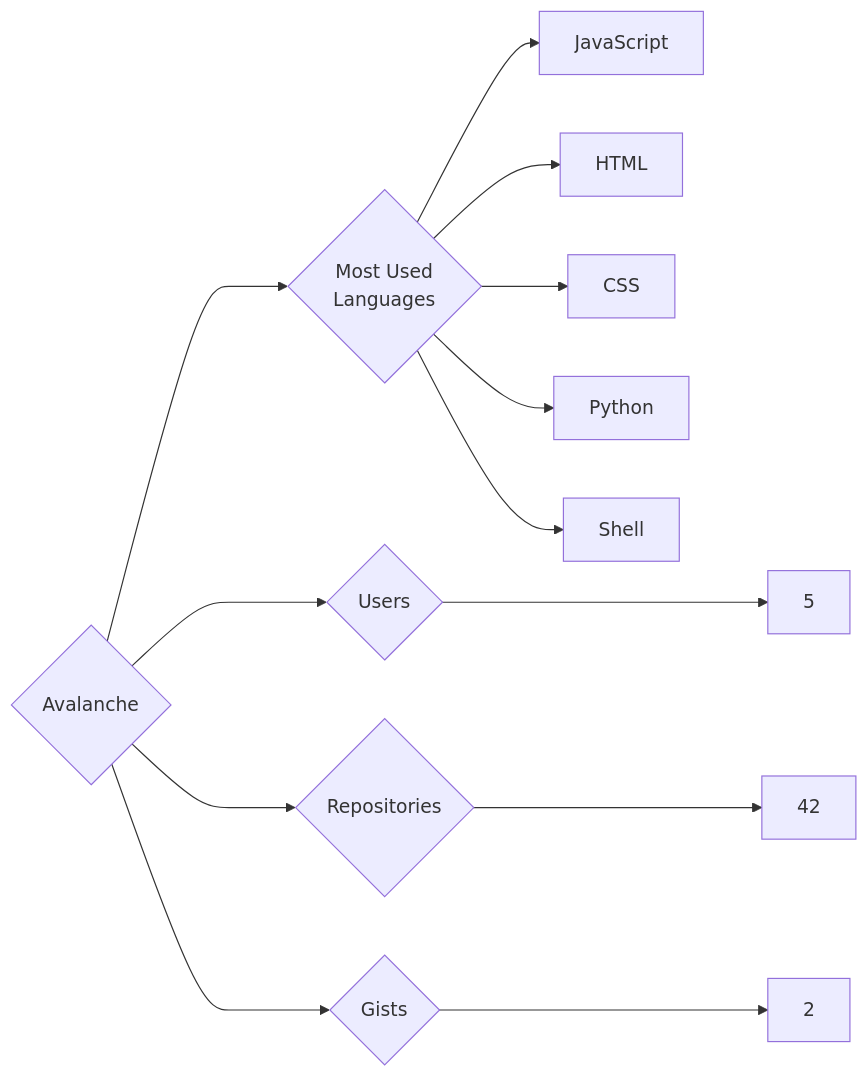
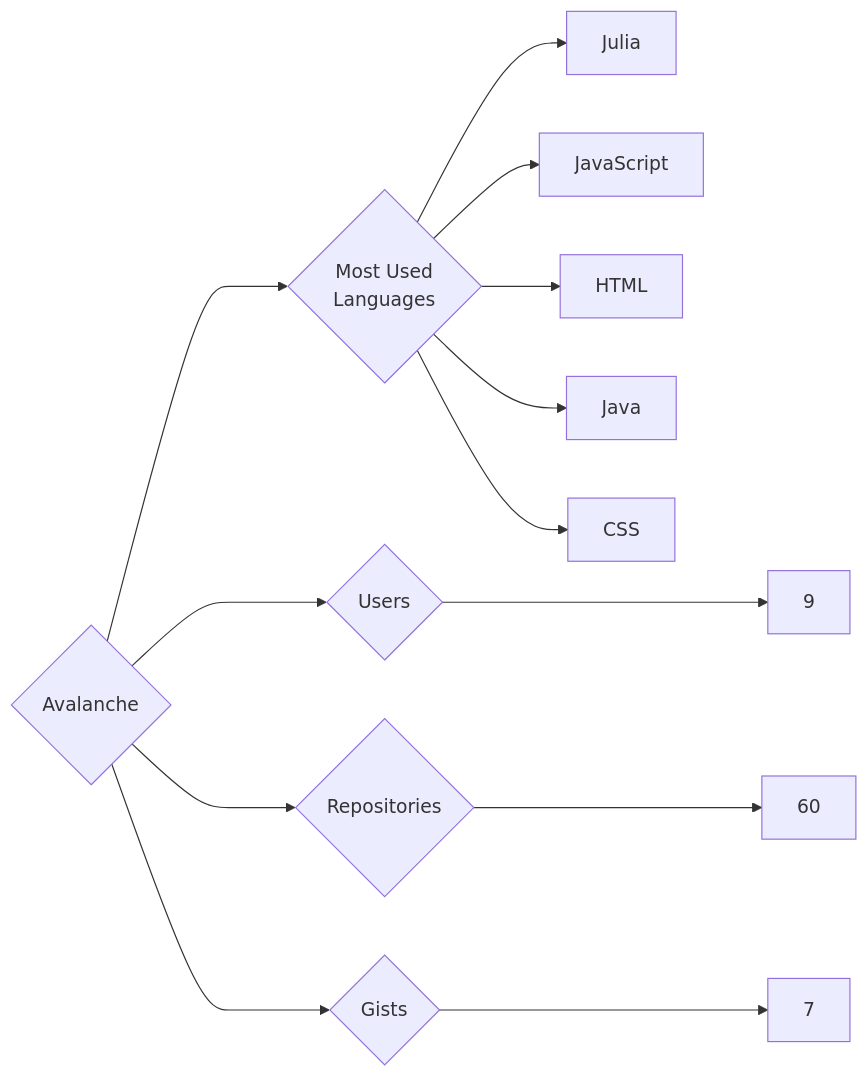
One commit to trickest/insiders changed the diagram in targets/Avalanche/README.md. Above: the diagram before and after it, drawn with Mermaid. The commit also changed 1036 other files, not shown here.

````diff
--- a/targets/Avalanche/README.md
+++ b/targets/Avalanche/README.md
@@ -3,13 +3,13 @@
 ```mermaid
 graph LR
 COMPANY_NAME{Avalanche}
-COMPANY_NAME ---> U{Users} ---> UN[5]
-COMPANY_NAME ---> R{Repositories} ---> RN[42]
-COMPANY_NAME ---> G{Gists} ---> GN[2]
+COMPANY_NAME ---> U{Users} ---> UN[9]
+COMPANY_NAME ---> R{Repositories} ---> RN[60]
+COMPANY_NAME ---> G{Gists} ---> GN[7]
 COMPANY_NAME ---> ML{Most Used<br>Languages}
+ML --> Julia[Julia]
 ML --> JavaScript[JavaScript]
 ML --> HTML[HTML]
+ML --> Java[Java]
 ML --> CSS[CSS]
-ML --> Python[Python]
-ML --> Shell[Shell]
 ```
````
